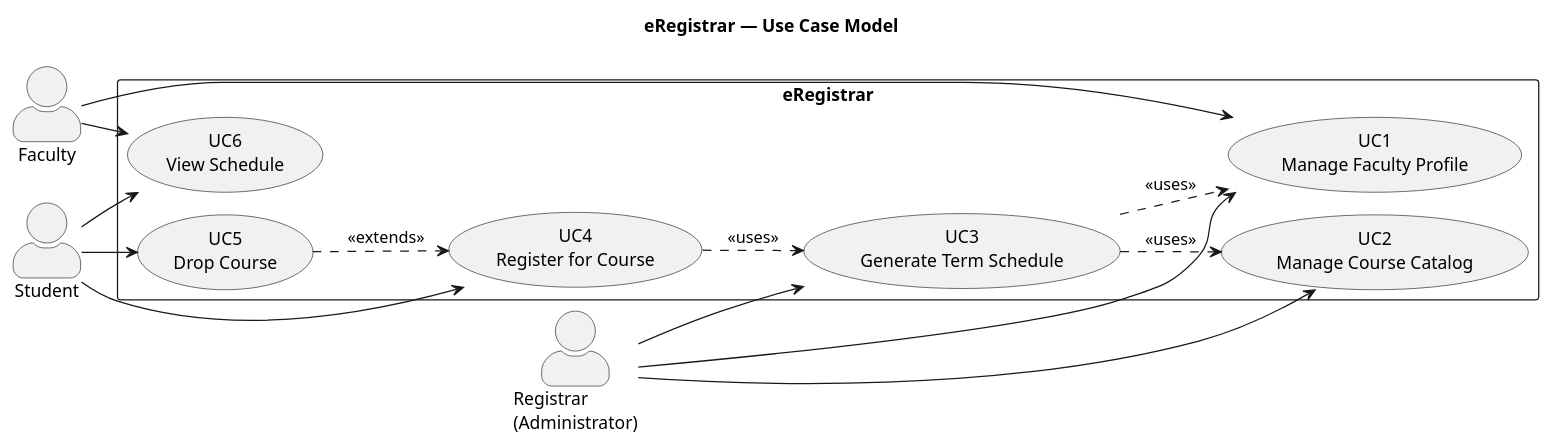
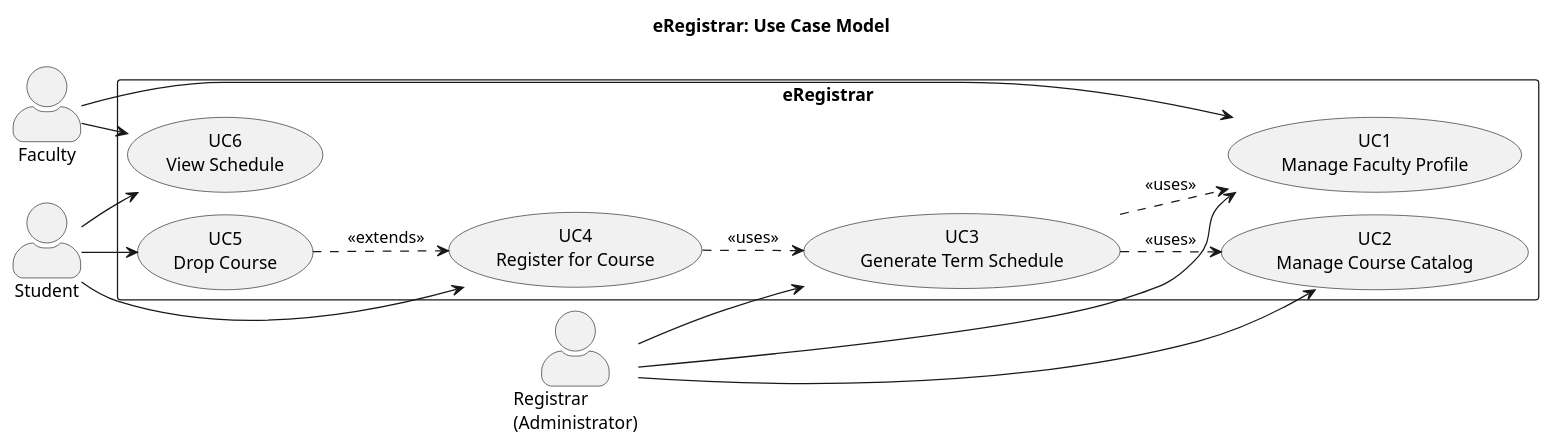
One commit to ElfatihZiad/eregistrar changed the diagram in Lab2_SRS/diagrams/usecase_eregistrar.puml. Above: the diagram before and after it, drawn with PlantUML. The commit also changed 47 other files, not shown here.

```diff
--- a/Lab2_SRS/diagrams/usecase_eregistrar.puml
+++ b/Lab2_SRS/diagrams/usecase_eregistrar.puml
@@ -1,38 +1,38 @@
 @startuml usecase_eregistrar
 !pragma layout smetana
 left to right direction
 skinparam packageStyle rectangle
 skinparam actorStyle awesome
 skinparam shadowing false
-title eRegistrar — Use Case Model
+title eRegistrar: Use Case Model
 
 actor "Student" as Student
 actor "Faculty" as Faculty
 actor "Registrar\n(Administrator)" as Admin
 
 rectangle "eRegistrar" {
   usecase "UC1\nManage Faculty Profile" as UC1
   usecase "UC2\nManage Course Catalog" as UC2
   usecase "UC3\nGenerate Term Schedule" as UC3
   usecase "UC4\nRegister for Course" as UC4
   usecase "UC5\nDrop Course" as UC5
   usecase "UC6\nView Schedule" as UC6
 }
 
 Faculty --> UC1
 Faculty --> UC6
 
 Admin --> UC1
 Admin --> UC2
 Admin --> UC3
 
 Student --> UC4
 Student --> UC5
 Student --> UC6
 
 UC3 ..> UC1 : <<uses>>
 UC3 ..> UC2 : <<uses>>
 UC4 ..> UC3 : <<uses>>
 UC5 ..> UC4 : <<extends>>
 
 @enduml
```
